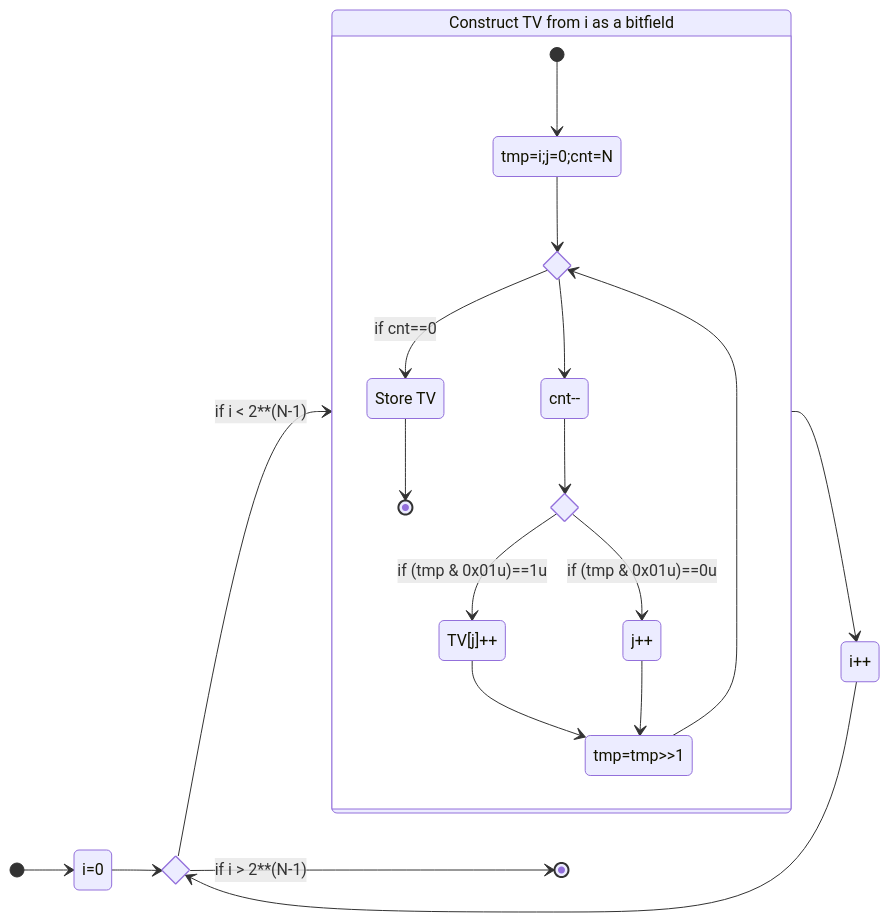
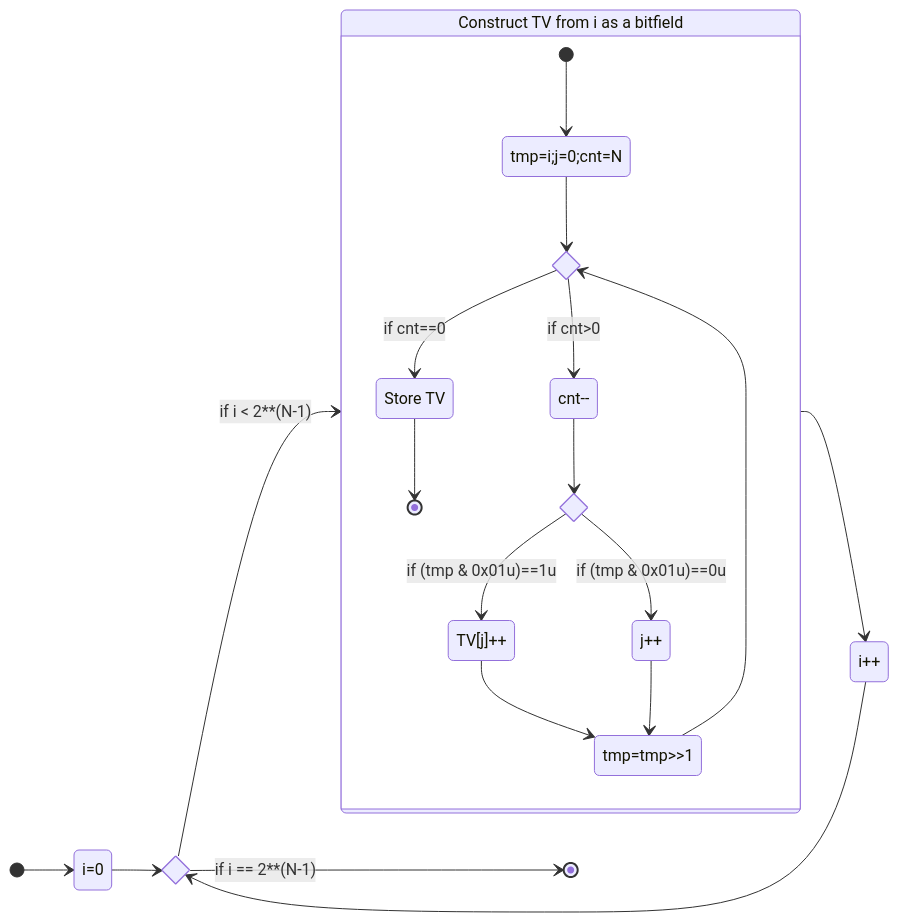
Before and after one commit to Joecstarr/joe-starr.com: the first of 2 diagrams in content/slides/dearborn_F23.md, drawn with Mermaid. The commit also changed other lines of this file and 32 other files, not shown here.

````diff
--- a/content/slides/dearborn_F23.md
+++ b/content/slides/dearborn_F23.md
@@ -589,39 +580,39 @@
 ```mermaid
 stateDiagram-v2
     direction LR
 
     state if_done <<choice>>
     State_i: i=0
     State_ipp: i++
     state "Construct TV from i as a bitfield" as tv_calc{
         state "tmp=i;j=0;cnt=N" as State_temp
         State_jpp: j++
         State_cntmm: cnt--
         State_sum_tv: TV[j]++
         State_rsh: tmp=tmp>>1
         state if_lsb <<choice>>
         state if_cnteo <<choice>>
         State_store_tv: Store TV
 
         [*] --> State_temp
         State_temp --> if_cnteo
-        if_cnteo--> State_cntmm
+        if_cnteo--> State_cntmm: if cnt>0
         if_cnteo--> State_store_tv: if cnt==0
         State_store_tv --> [*]
 
         State_cntmm -->if_lsb
         if_lsb -->State_sum_tv: if (tmp & 0x01u)==1u
         State_sum_tv --> State_rsh
         if_lsb -->State_jpp: if (tmp & 0x01u)==0u
         State_jpp --> State_rsh
         State_rsh --> if_cnteo
     }
     [*] --> State_i
     State_i --> if_done
     if_done --> tv_calc: if i < 2**(N-1)
     tv_calc --> State_ipp
     State_ipp --> if_done
-    if_done --> [*]: if i > 2**(N-1)
+    if_done --> [*]: if i == 2**(N-1)
 
 
 ```
````
